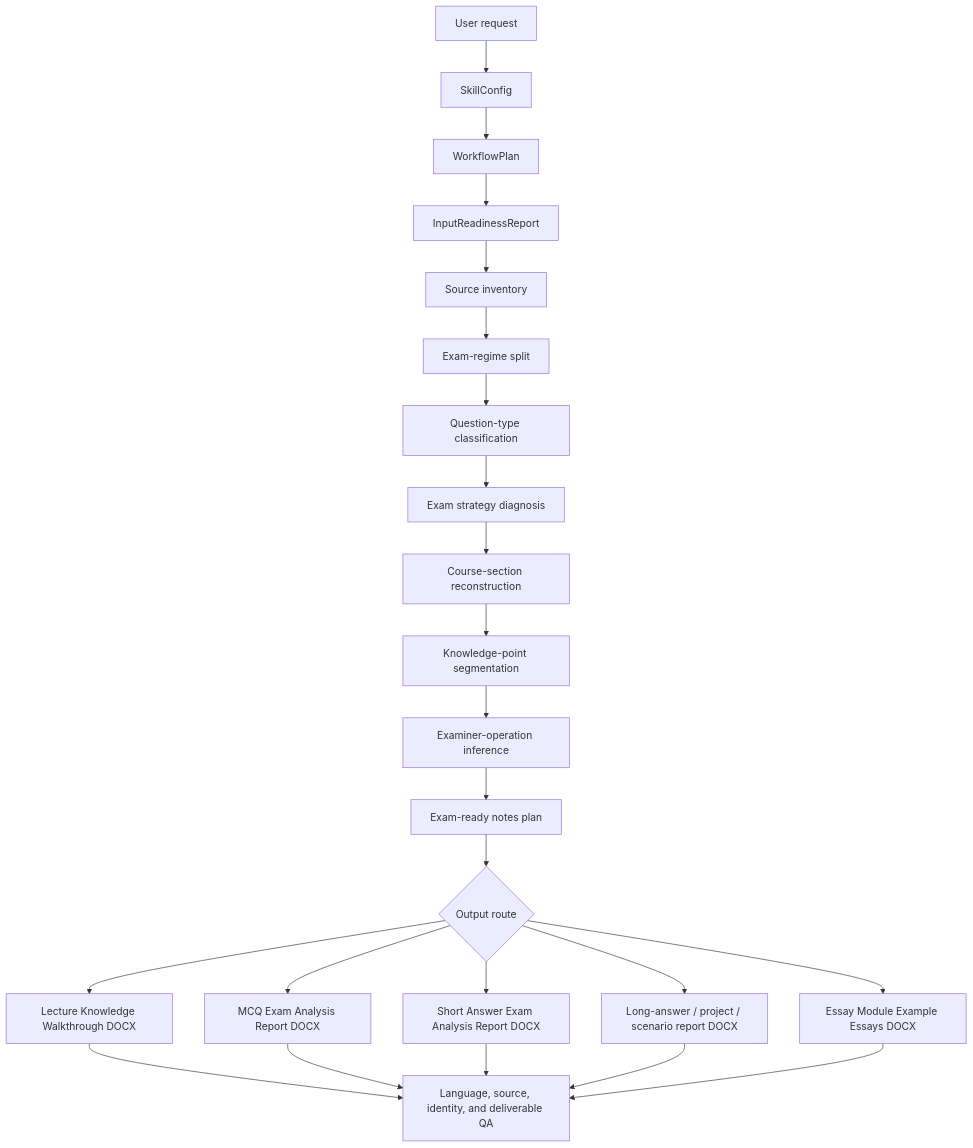
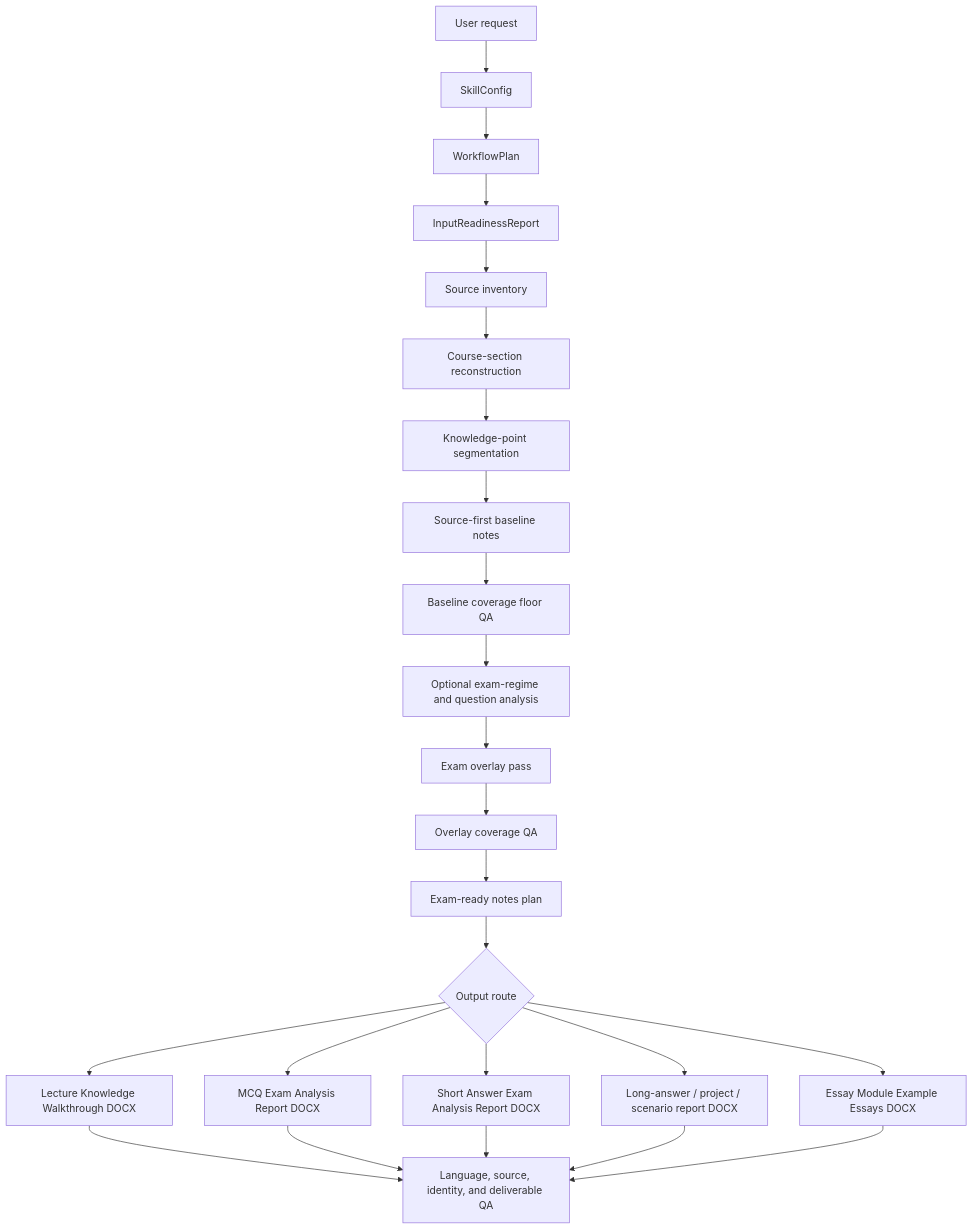
One commit to OctavianYimingZhang/sbs-exam-prep-workflow changed the diagram in README.md. Above: the diagram before and after it, drawn with Mermaid. The commit also changed other lines of this file and 22 other files, not shown here.

Commit message:
Add source-first exam prep baseline overlay

````diff
--- a/README.md
+++ b/README.md
@@ -273,25 +273,26 @@
 ```mermaid
 flowchart TD
     A[User request] --> B[SkillConfig]
     B --> C[WorkflowPlan]
     C --> D[InputReadinessReport]
     D --> E[Source inventory]
-    E --> F[Exam-regime split]
-    F --> G[Question-type classification]
-    G --> H[Exam strategy diagnosis]
-    H --> I[Course-section reconstruction]
+    E --> I[Course-section reconstruction]
     I --> J[Knowledge-point segmentation]
-    J --> K[Examiner-operation inference]
-    K --> R[Exam-ready notes plan]
+    J --> K[Source-first baseline notes]
+    K --> U[Baseline coverage floor QA]
+    U --> F[Optional exam-regime and question analysis]
+    F --> V[Exam overlay pass]
+    V --> W[Overlay coverage QA]
+    W --> R[Exam-ready notes plan]
     R --> S{Output route}
     S --> L[Lecture Knowledge Walkthrough DOCX]
     S --> M[MCQ Exam Analysis Report DOCX]
     S --> N[Short Answer Exam Analysis Report DOCX]
     S --> O[Long-answer / project / scenario report DOCX]
     S --> Q[Essay Module Example Essays DOCX]
     L --> P[Language, source, identity, and deliverable QA]
     M --> P
     N --> P
     O --> P
     Q --> P
 ```
````
